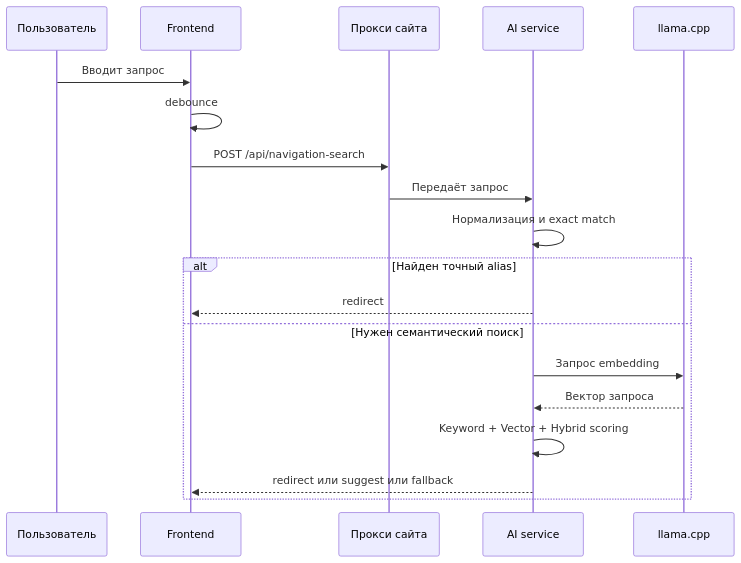
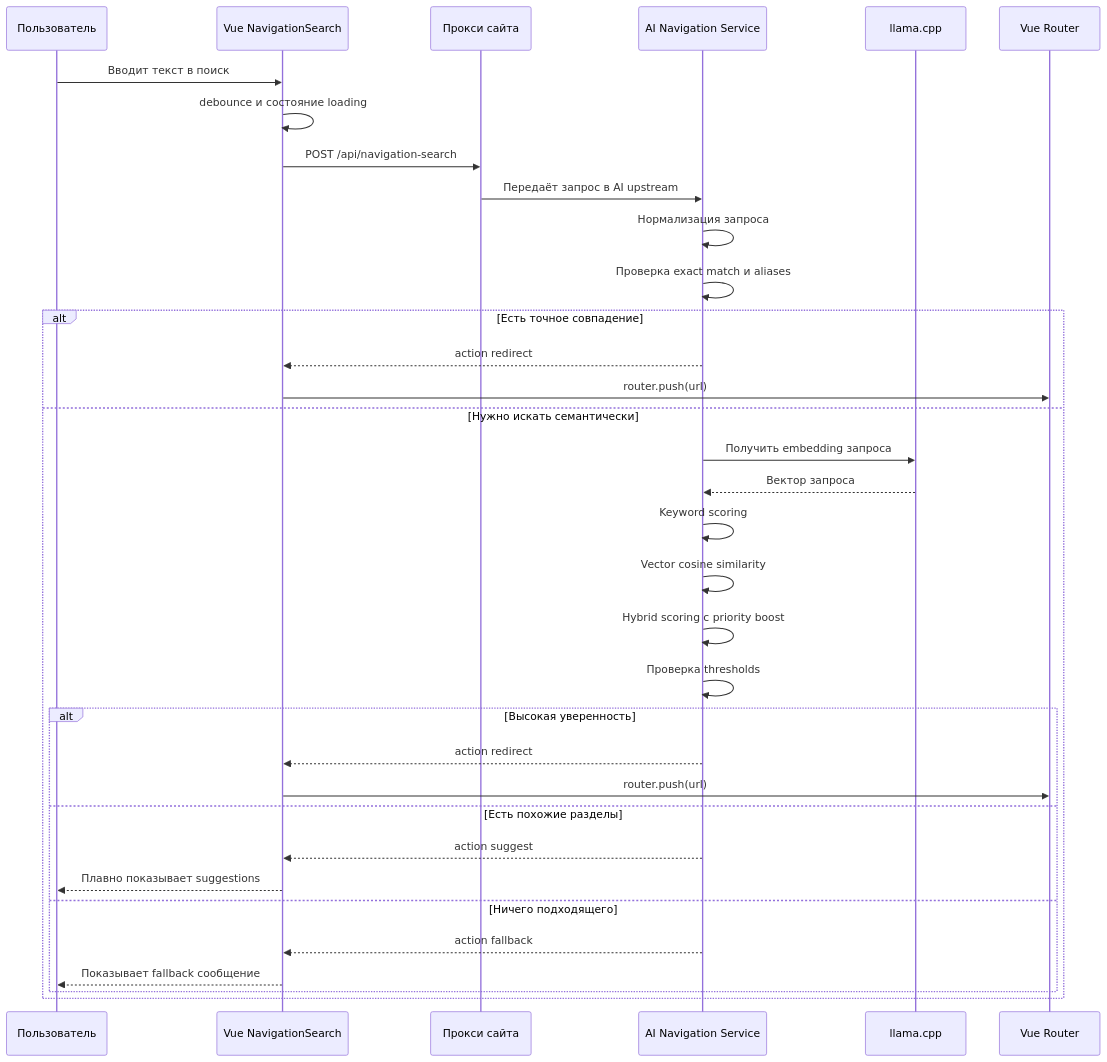
One commit to GockMock/MOSPOLI_LMS changed the second of 3 diagrams in docs/ai-navigation-architecture.md. Above: the diagram before and after it, drawn with Mermaid. The commit also changed other lines of this file, not shown here.

Commit message:
Condense AI architecture docs to three diagrams

````diff
--- a/docs/ai-navigation-architecture.md
+++ b/docs/ai-navigation-architecture.md
@@ -65,22 +51,40 @@
 ```mermaid
 sequenceDiagram
     participant U as Пользователь
-    participant F as Frontend
+    participant UI as Vue NavigationSearch
     participant P as Прокси сайта
-    participant A as AI service
+    participant API as AI Navigation Service
     participant L as llama.cpp
+    participant R as Vue Router
 
-    U->>F: Вводит запрос
-    F->>F: debounce
-    F->>P: POST /api/navigation-search
-    P->>A: Передаёт запрос
-    A->>A: Нормализация и exact match
-    alt Найден точный alias
-        A-->>F: redirect
-    else Нужен семантический поиск
-        A->>L: Запрос embedding
-        L-->>A: Вектор запроса
-        A->>A: Keyword + Vector + Hybrid scoring
-        A-->>F: redirect или suggest или fallback
+    U->>UI: Вводит текст в поиск
+    UI->>UI: debounce и состояние loading
+    UI->>P: POST /api/navigation-search
+    P->>API: Передаёт запрос в AI upstream
+
+    API->>API: Нормализация запроса
+    API->>API: Проверка exact match и aliases
+
+    alt Есть точное совпадение
+        API-->>UI: action redirect
+        UI->>R: router.push(url)
+    else Нужно искать семантически
+        API->>L: Получить embedding запроса
+        L-->>API: Вектор запроса
+        API->>API: Keyword scoring
+        API->>API: Vector cosine similarity
+        API->>API: Hybrid scoring с priority boost
+        API->>API: Проверка thresholds
+
+        alt Высокая уверенность
+            API-->>UI: action redirect
+            UI->>R: router.push(url)
+        else Есть похожие разделы
+            API-->>UI: action suggest
+            UI-->>U: Плавно показывает suggestions
+        else Ничего подходящего
+            API-->>UI: action fallback
+            UI-->>U: Показывает fallback сообщение
+        end
     end
 ```
````
